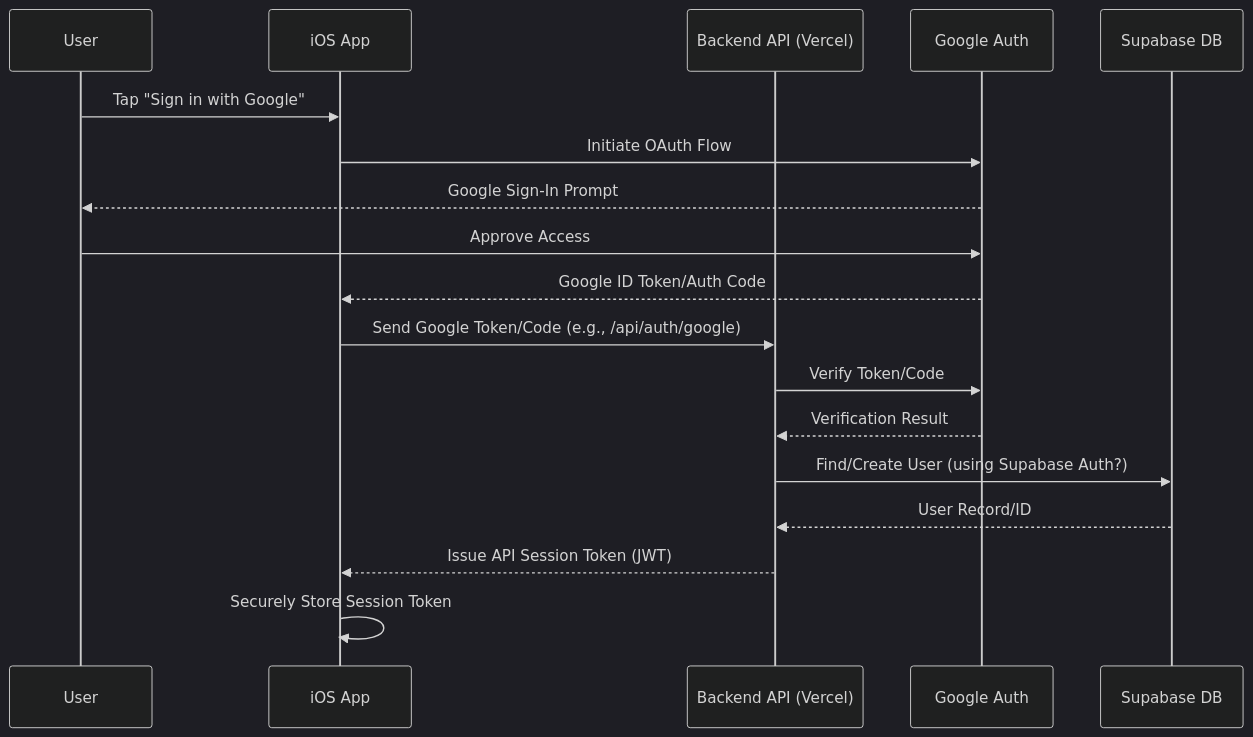
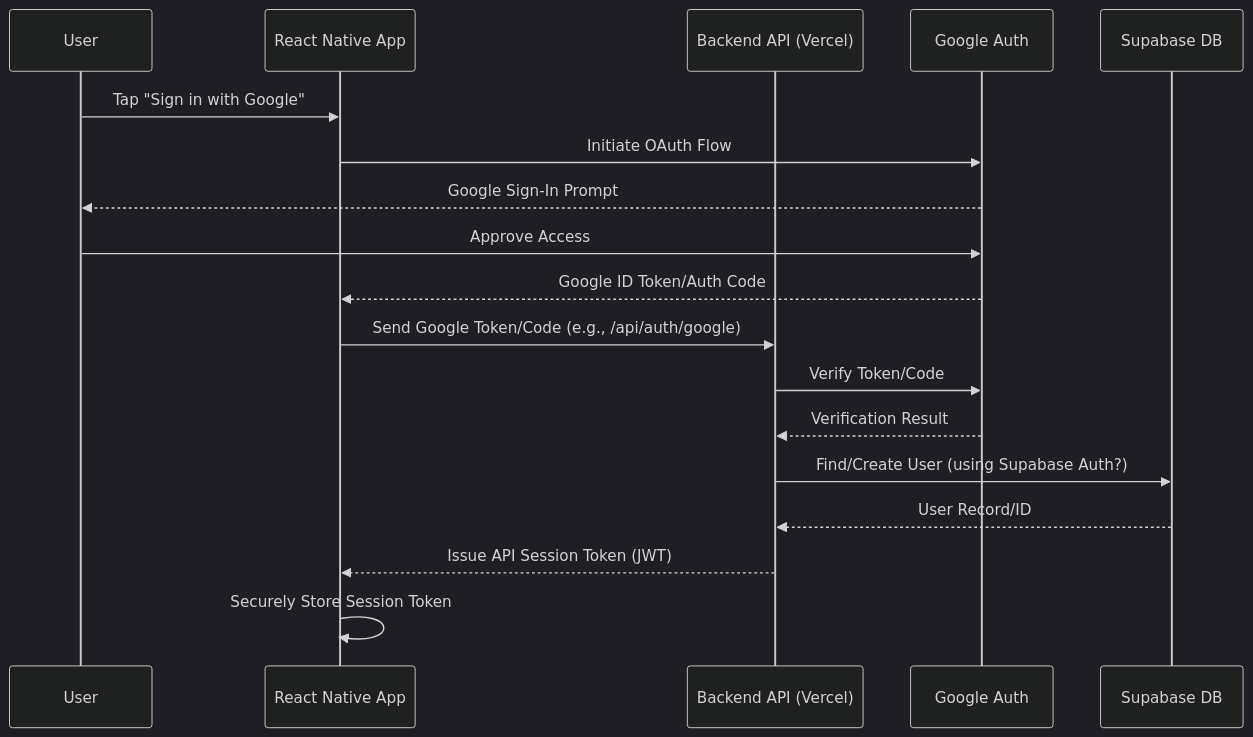
The first of 2 diagrams in docs/technical_architecture.md (taimurmshah/personal-metrics), drawn with Mermaid (dark theme) before and after one commit. The commit also changed other lines of this file and 86 other files, not shown here.

````diff
--- a/docs/technical_architecture.md
+++ b/docs/technical_architecture.md
@@ -37,21 +37,21 @@
 ```mermaid
 sequenceDiagram
     participant User
-    participant iOS App
+    participant React Native App
     participant Backend API (Vercel)
     participant Google Auth
     participant Supabase DB
 
-    User->>iOS App: Tap "Sign in with Google"
-    iOS App->>Google Auth: Initiate OAuth Flow
+    User->>React Native App: Tap "Sign in with Google"
+    React Native App->>Google Auth: Initiate OAuth Flow
     Google Auth-->>User: Google Sign-In Prompt
     User->>Google Auth: Approve Access
-    Google Auth-->>iOS App: Google ID Token/Auth Code
-    iOS App->>Backend API (Vercel): Send Google Token/Code (e.g., /api/auth/google)
+    Google Auth-->>React Native App: Google ID Token/Auth Code
+    React Native App->>Backend API (Vercel): Send Google Token/Code (e.g., /api/auth/google)
     Backend API (Vercel)->>Google Auth: Verify Token/Code
     Google Auth-->>Backend API (Vercel): Verification Result
     Backend API (Vercel)->>Supabase DB: Find/Create User (using Supabase Auth?)
     Supabase DB-->>Backend API (Vercel): User Record/ID
-    Backend API (Vercel)-->>iOS App: Issue API Session Token (JWT)
-    iOS App->>iOS App: Securely Store Session Token
+    Backend API (Vercel)-->>React Native App: Issue API Session Token (JWT)
+    React Native App->>React Native App: Securely Store Session Token
 ```
````
